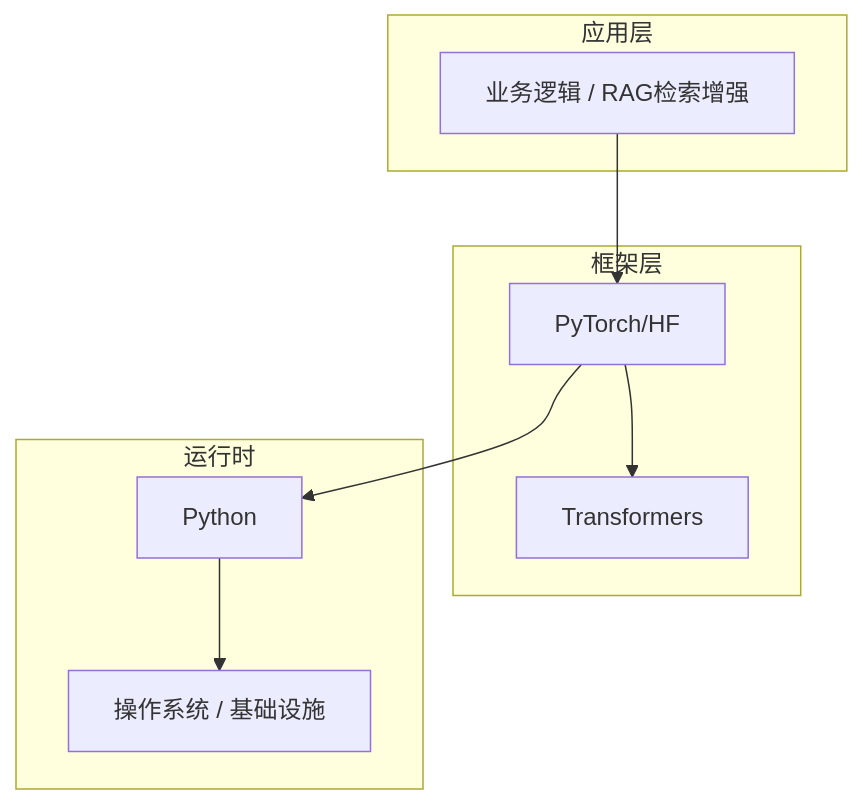
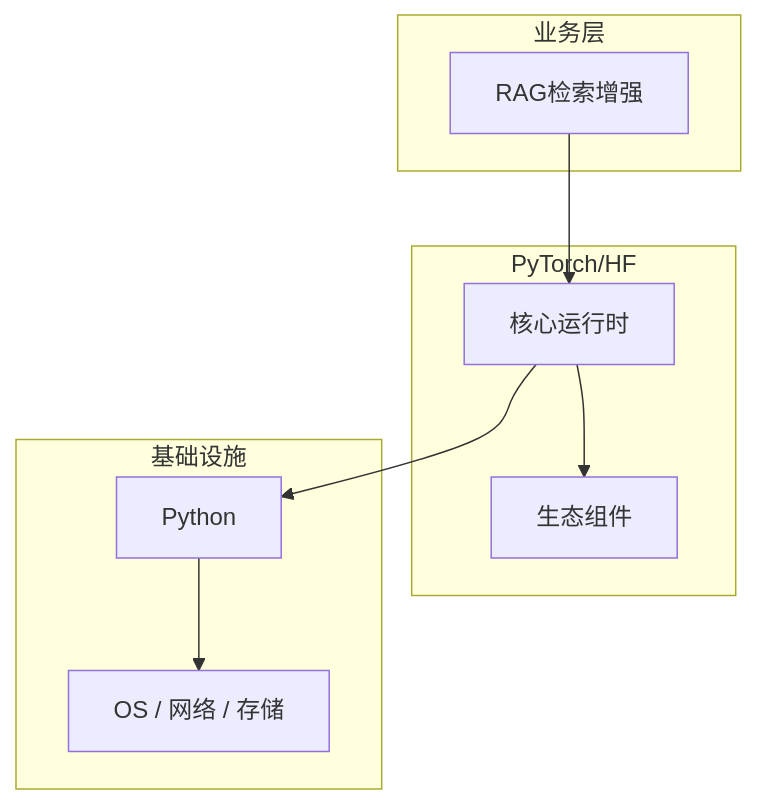
Before and after one commit to yanggan2015/knowledge-json-v2: the diagram in articles/大语言模型/chapters/081-RAG检索增强核心概念与原理.md, drawn with Mermaid. The commit also changed other lines of this file and 10127 other files, not shown here.

````diff
--- a/articles/大语言模型/chapters/081-RAG检索增强核心概念与原理.md
+++ b/articles/大语言模型/chapters/081-RAG检索增强核心概念与原理.md
@@ -45,18 +30,18 @@
 ```mermaid
 graph TB
-    subgraph 应用层
-        A[业务逻辑 / RAG检索增强]
+    subgraph 业务层
+        A[RAG检索增强]
     end
-    subgraph 框架层
-        B[PyTorch/HF]
-        C[Transformers]
+    subgraph PyTorch/HF
+        B[核心运行时]
+        C[生态组件]
     end
-    subgraph 运行时
+    subgraph 基础设施
         D[Python]
-        E[操作系统 / 基础设施]
+        E[OS / 网络 / 存储]
     end
     A --> B
     B --> C
     B --> D
     D --> E
 ```
````
